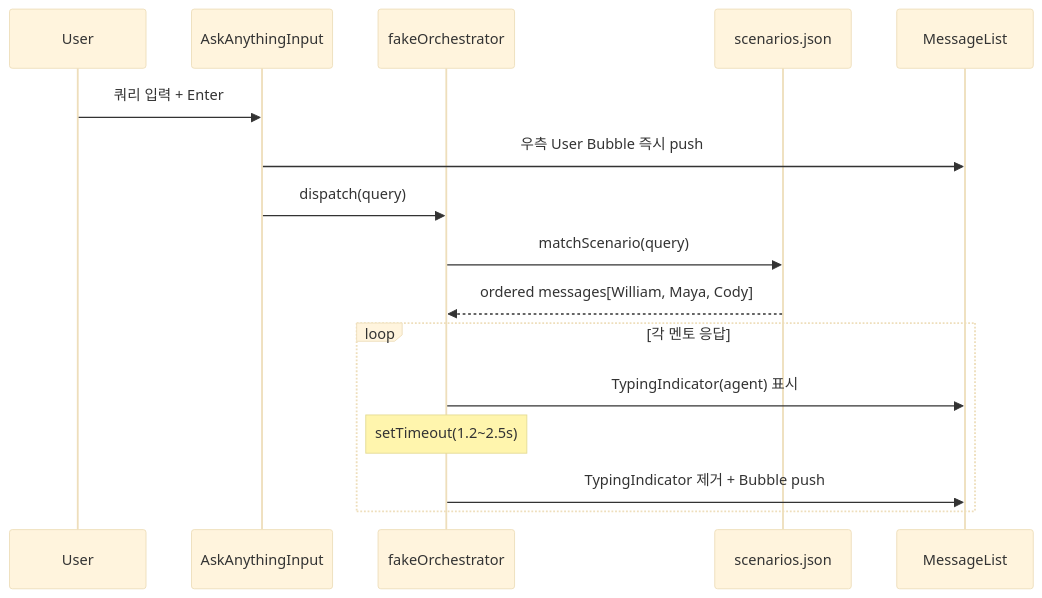
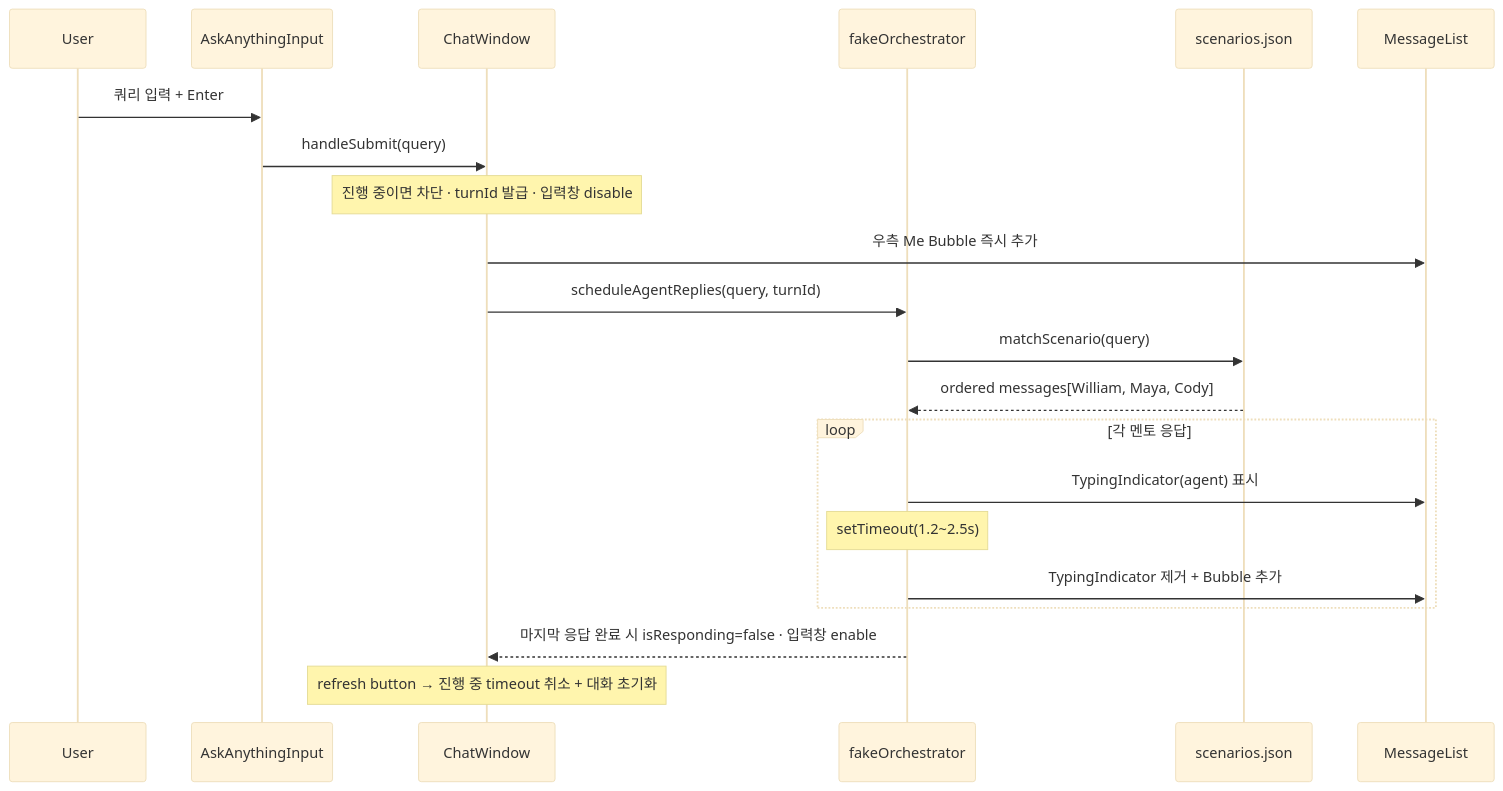
One commit to woongs2021/Triad-ai-agent-project changed the second of 2 diagrams in Mainplan.md. Above: the diagram before and after it, drawn with Mermaid (base theme). The commit also changed other lines of this file and 1 other file, not shown here.

````diff
--- a/Mainplan.md
+++ b/Mainplan.md
@@ -415,19 +422,24 @@
 ```mermaid
 sequenceDiagram
     participant U as User
     participant I as AskAnythingInput
+    participant C as ChatWindow
     participant O as fakeOrchestrator
     participant S as scenarios.json
     participant L as MessageList
 
     U->>I: 쿼리 입력 + Enter
-    I->>L: 우측 User Bubble 즉시 push
-    I->>O: dispatch(query)
+    I->>C: handleSubmit(query)
+    Note over C: 진행 중이면 차단 · turnId 발급 · 입력창 disable
+    C->>L: 우측 Me Bubble 즉시 추가
+    C->>O: scheduleAgentReplies(query, turnId)
     O->>S: matchScenario(query)
     S-->>O: ordered messages[William, Maya, Cody]
     loop 각 멘토 응답
         O->>L: TypingIndicator(agent) 표시
         Note over O: setTimeout(1.2~2.5s)
-        O->>L: TypingIndicator 제거 + Bubble push
+        O->>L: TypingIndicator 제거 + Bubble 추가
     end
+    O-->>C: 마지막 응답 완료 시 isResponding=false · 입력창 enable
+    Note over C: refresh button → 진행 중 timeout 취소 + 대화 초기화
 ```
````
